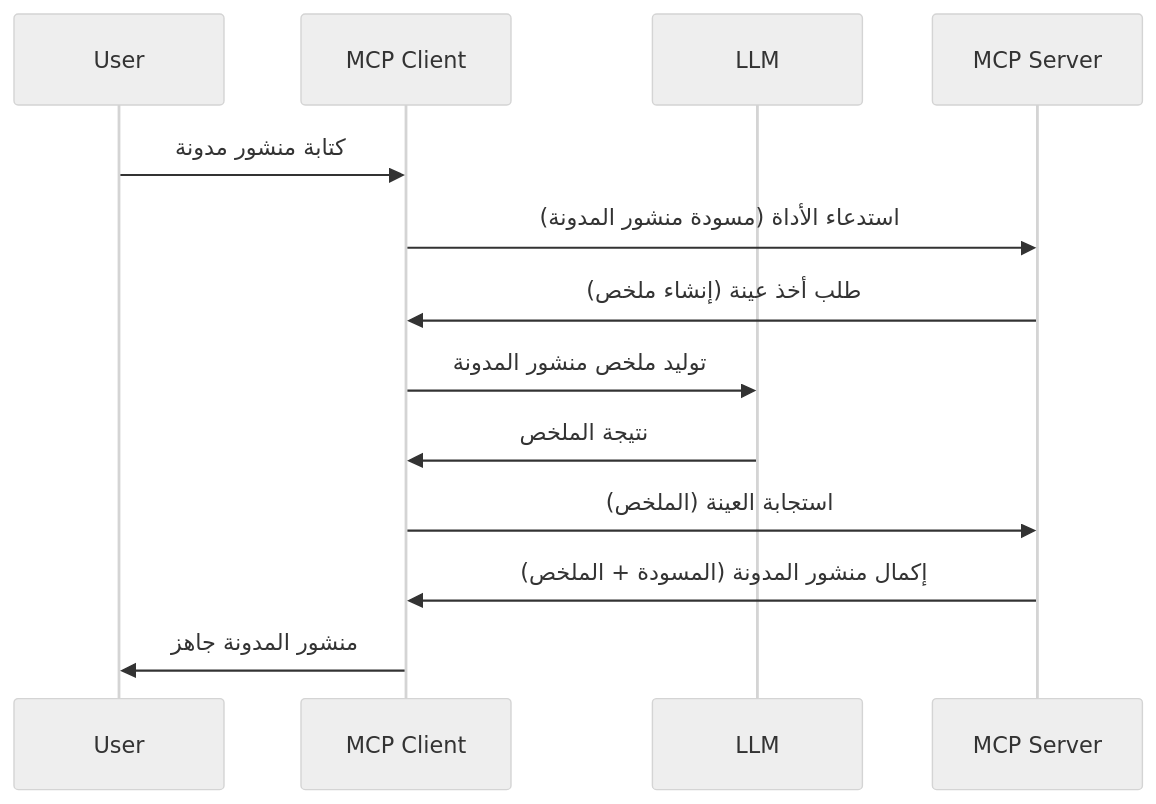
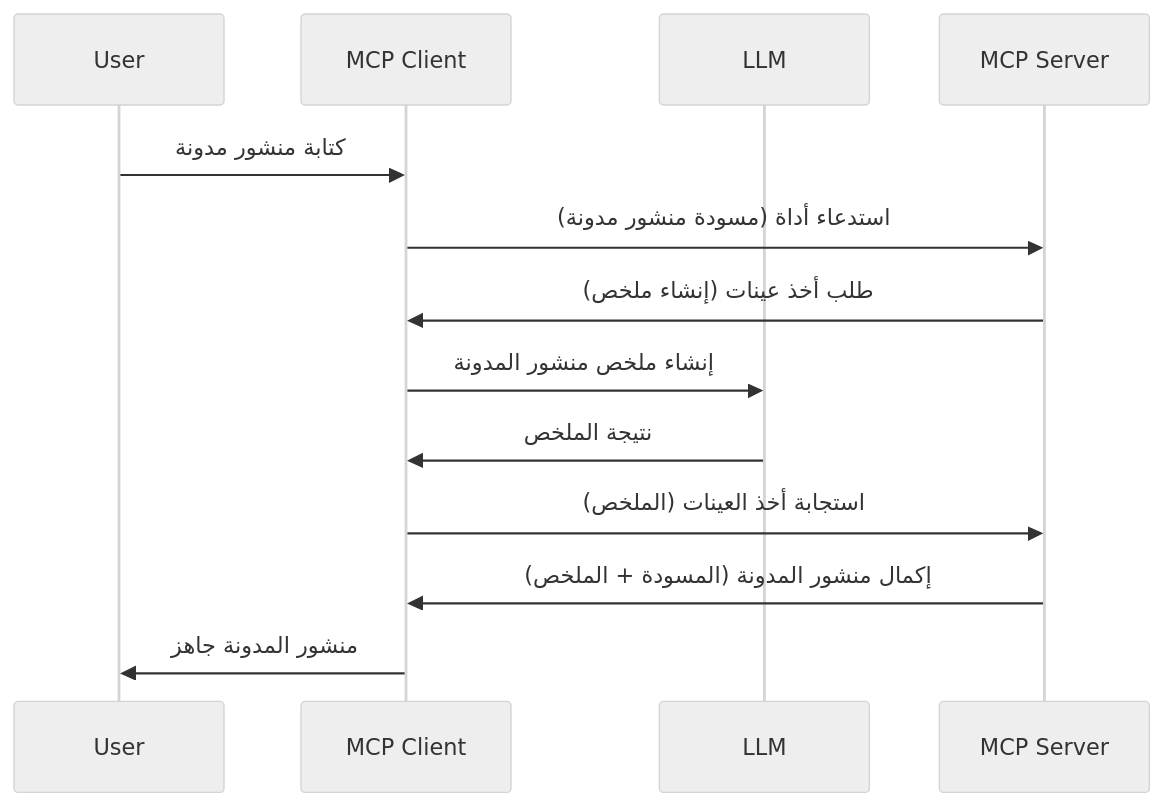
The diagram in mcp_ecosystem__model_context_protocol/mcp_learning_resources/mcp-for-beginners/translations/ar/03-GettingStarted/14-sampling/README.md (HIDORAKAI002/ai-workspace-archive), drawn with Mermaid (neutral theme) before and after one commit. The commit also changed other lines of this file and 1160 other files, not shown here.

````diff
--- a/mcp_ecosystem__model_context_protocol/mcp_learning_resources/mcp-for-beginners/translations/ar/03-GettingStarted/14-sampling/README.md
+++ b/mcp_ecosystem__model_context_protocol/mcp_learning_resources/mcp-for-beginners/translations/ar/03-GettingStarted/14-sampling/README.md
@@ -23,16 +23,16 @@
 ```mermaid
 sequenceDiagram
     participant User
     participant MCP Client
     participant LLM
     participant MCP Server
 
     User->>MCP Client: كتابة منشور مدونة
-    MCP Client->>MCP Server: استدعاء الأداة (مسودة منشور المدونة)
-    MCP Server->>MCP Client: طلب أخذ عينة (إنشاء ملخص)
-    MCP Client->>LLM: توليد ملخص منشور المدونة
+    MCP Client->>MCP Server: استدعاء أداة (مسودة منشور مدونة)
+    MCP Server->>MCP Client: طلب أخذ عينات (إنشاء ملخص)
+    MCP Client->>LLM: إنشاء ملخص منشور المدونة
     LLM->>MCP Client: نتيجة الملخص
-    MCP Client->>MCP Server: استجابة العينة (الملخص)
+    MCP Client->>MCP Server: استجابة أخذ العينات (الملخص)
     MCP Server->>MCP Client: إكمال منشور المدونة (المسودة + الملخص)
     MCP Client->>User: منشور المدونة جاهز
 ```
````
